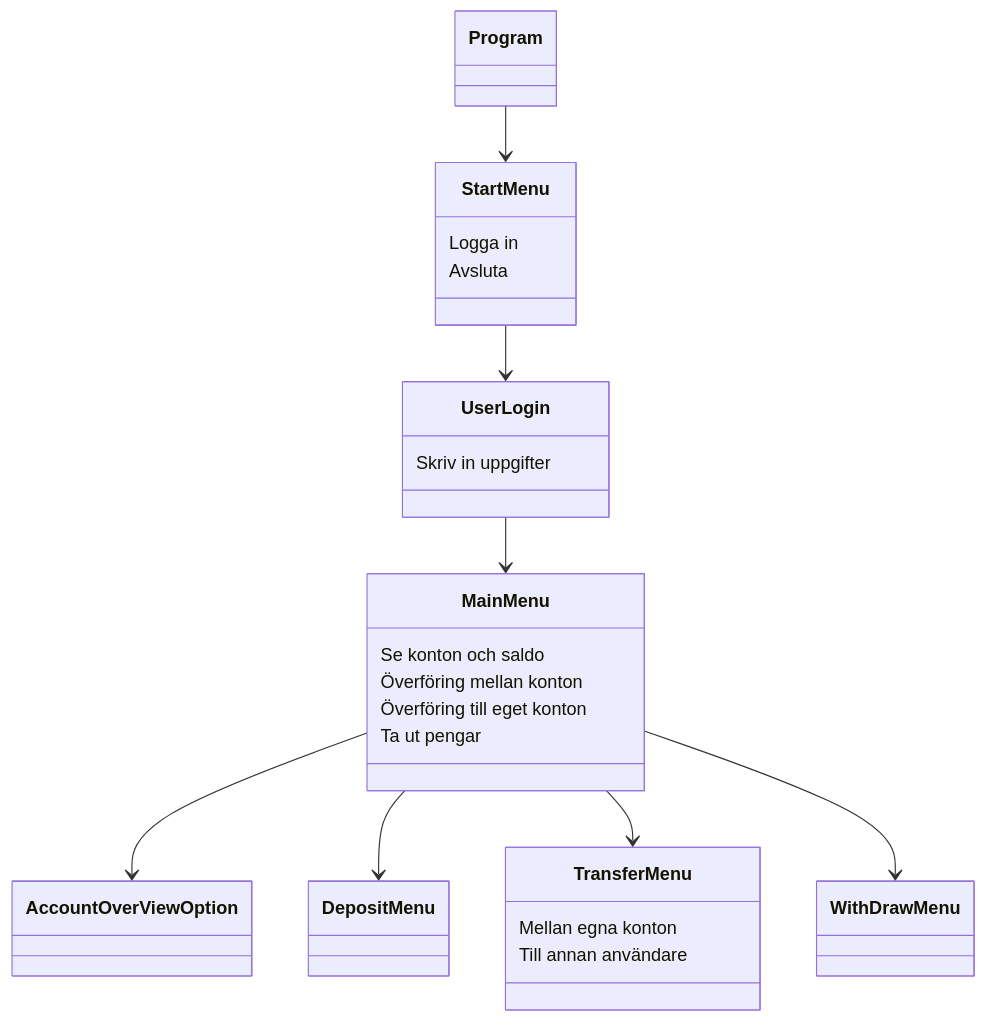
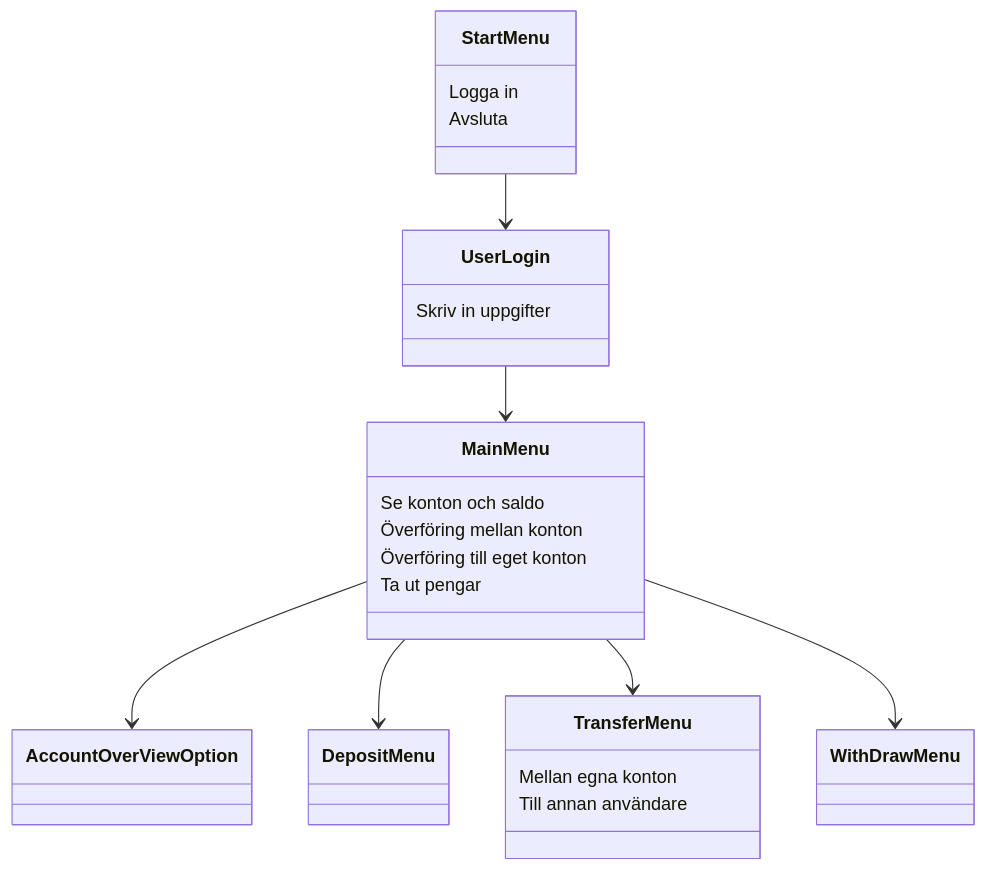
The diagram in README.md (Volodymyr-Petrunin/Bankomaten), drawn with Mermaid before and after one commit. The commit also changed other lines of this file, not shown here.

Commit message:
Update README with class diagram and formatting changes

````diff
--- a/README.md
+++ b/README.md
@@ -26,36 +22,30 @@
 ```mermaid
 classDiagram
-    class Program
     class StartMenu {
         Logga in
         Avsluta
     }
     class UserLogin {
         Skriv in uppgifter
     }
     class MainMenu{
         Se konton och saldo
         Överföring mellan konton
         Överföring till eget konton
         Ta ut pengar
     }
-    class AccountOverViewOption{
-    }
-    class DepositMenu{
-    }
+    class AccountOverViewOption
+    class DepositMenu
     class TransferMenu{
         Mellan egna konton
         Till annan användare
     }
-    class WithDrawMenu{
-    }
+    class WithDrawMenu
 
-    Program --> StartMenu
     StartMenu --> UserLogin
     UserLogin --> MainMenu
     MainMenu --> AccountOverViewOption
     MainMenu --> DepositMenu
     MainMenu --> TransferMenu
     MainMenu --> WithDrawMenu
-
 ```
````
